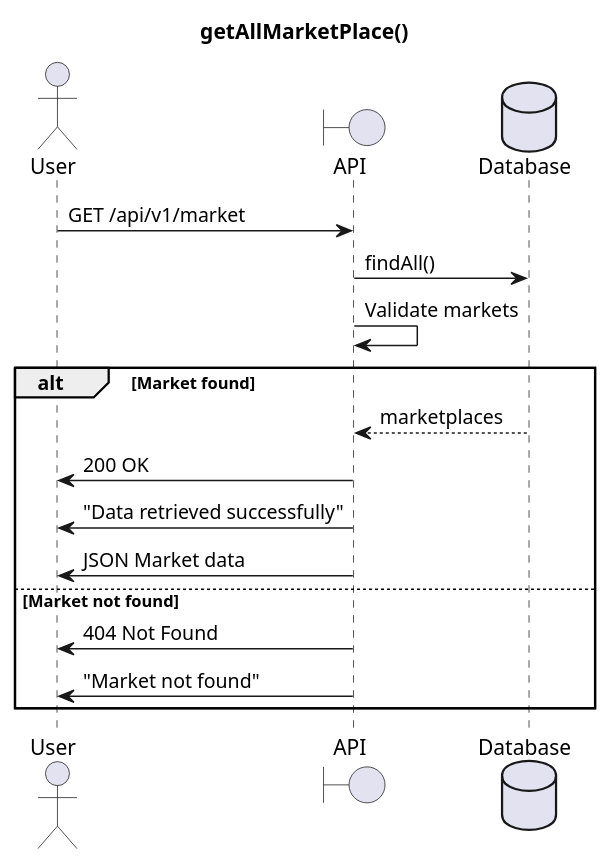
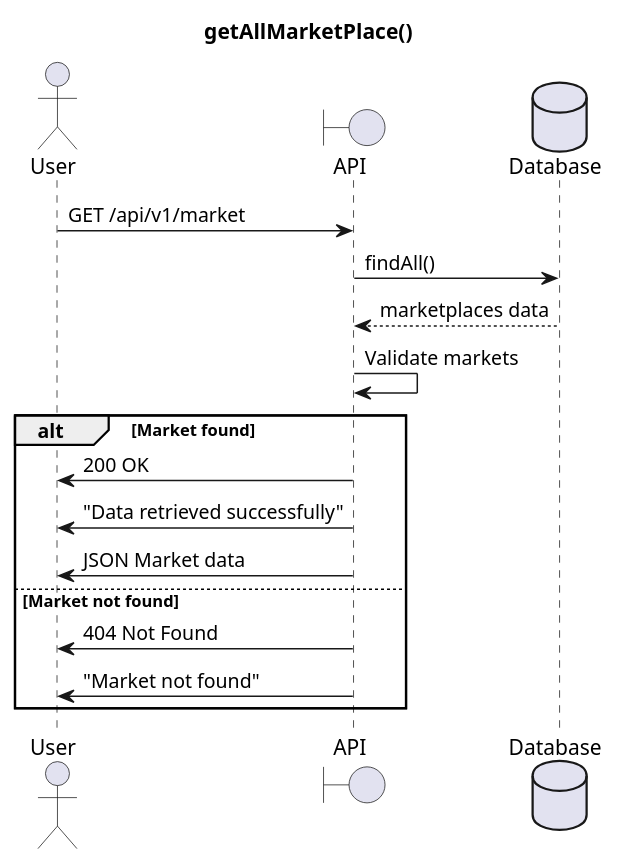
Before and after one commit to b6428259/PriorLab1: the diagram in PlantUML/Marketplace/getMarketplace.puml, drawn with PlantUML. The commit also changed 21 other files, not shown here.

```diff
--- a/PlantUML/Marketplace/getMarketplace.puml
+++ b/PlantUML/Marketplace/getMarketplace.puml
@@ -1,22 +1,23 @@
 @startuml
 title getAllMarketPlace()
 
 actor User as u
 boundary API as a
 database Database as d
 
 u->a : GET /api/v1/market
 a->d: findAll()
+    d-->a : marketplaces data
 a->a : Validate markets
 
 alt Market found
-    d-->a : marketplaces
+
     a->u : 200 OK
     a->u : "Data retrieved successfully"
     a->u : JSON Market data
 else Market not found
     a->u : 404 Not Found
     a->u : "Market not found"
 end
 
 @enduml
```
